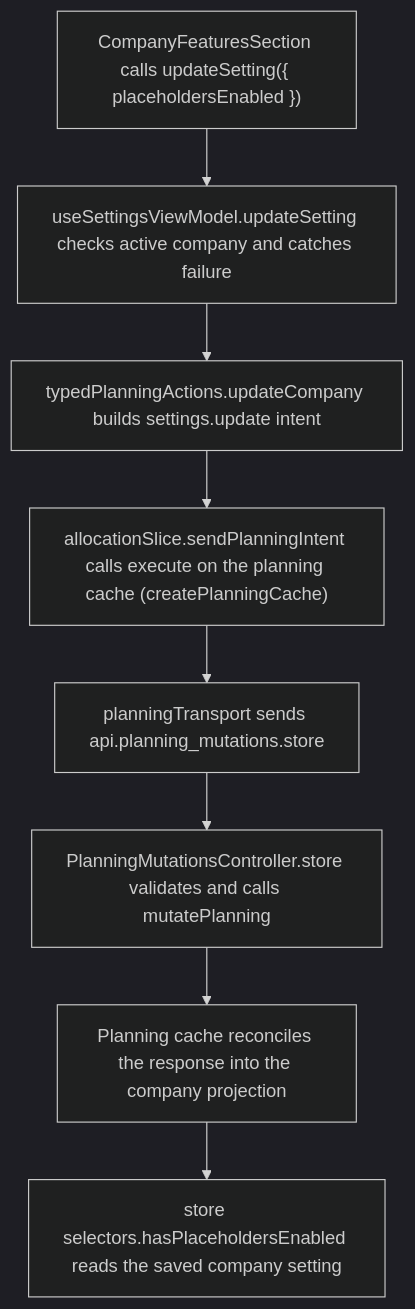
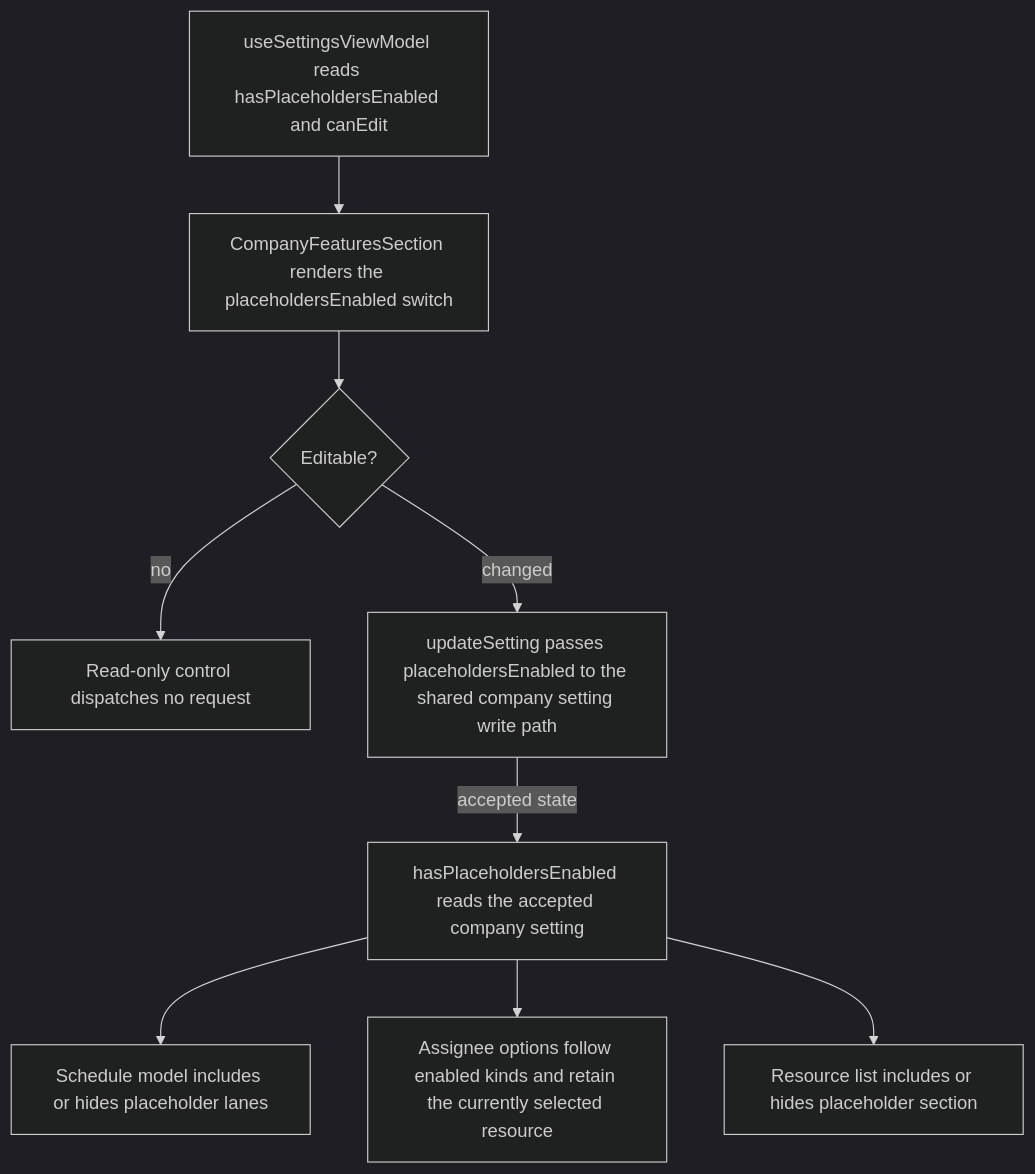
Before and after one commit to Kevinjohn/capacitylens: the second of 2 diagrams in user-stories/settings/US-SET-06-show-placeholders.md, drawn with Mermaid (dark theme). The commit also changed other lines of this file and 172 other files, not shown here.

Commit message:
docs: reconcile user story code flows with source

````diff
--- a/user-stories/settings/US-SET-06-show-placeholders.md
+++ b/user-stories/settings/US-SET-06-show-placeholders.md
@@ -29,10 +31,11 @@
 ```mermaid
 flowchart TD
-  control["CompanyFeaturesSection calls updateSetting({ placeholdersEnabled })"] --> view["useSettingsViewModel.updateSetting checks active company and catches failure"]
-  view --> action["typedPlanningActions.updateCompany builds settings.update intent"]
-  action --> execute["allocationSlice.sendPlanningIntent calls execute on the planning cache (createPlanningCache)"]
-  execute --> transport["planningTransport sends api.planning_mutations.store"]
-  transport --> route["PlanningMutationsController.store validates and calls mutatePlanning"]
-  route --> reply["Planning cache reconciles the response into the company projection"]
-  reply --> read["store selectors.hasPlaceholdersEnabled reads the saved company setting"]
+  flags["useSettingsViewModel reads hasPlaceholdersEnabled and canEdit"] --> switch["CompanyFeaturesSection renders the placeholdersEnabled switch"]
+  switch --> access{"Editable?"}
+  access -->|no| disabled["Read-only control dispatches no request"]
+  access -->|changed| command["updateSetting passes placeholdersEnabled to the shared company setting write path"]
+  command -->|accepted state| saved["hasPlaceholdersEnabled reads the accepted company setting"]
+  saved --> grid["Schedule model includes or hides placeholder lanes"]
+  saved --> assignees["Assignee options follow enabled kinds and retain the currently selected resource"]
+  saved --> resources["Resource list includes or hides placeholder section"]
 ```
````
